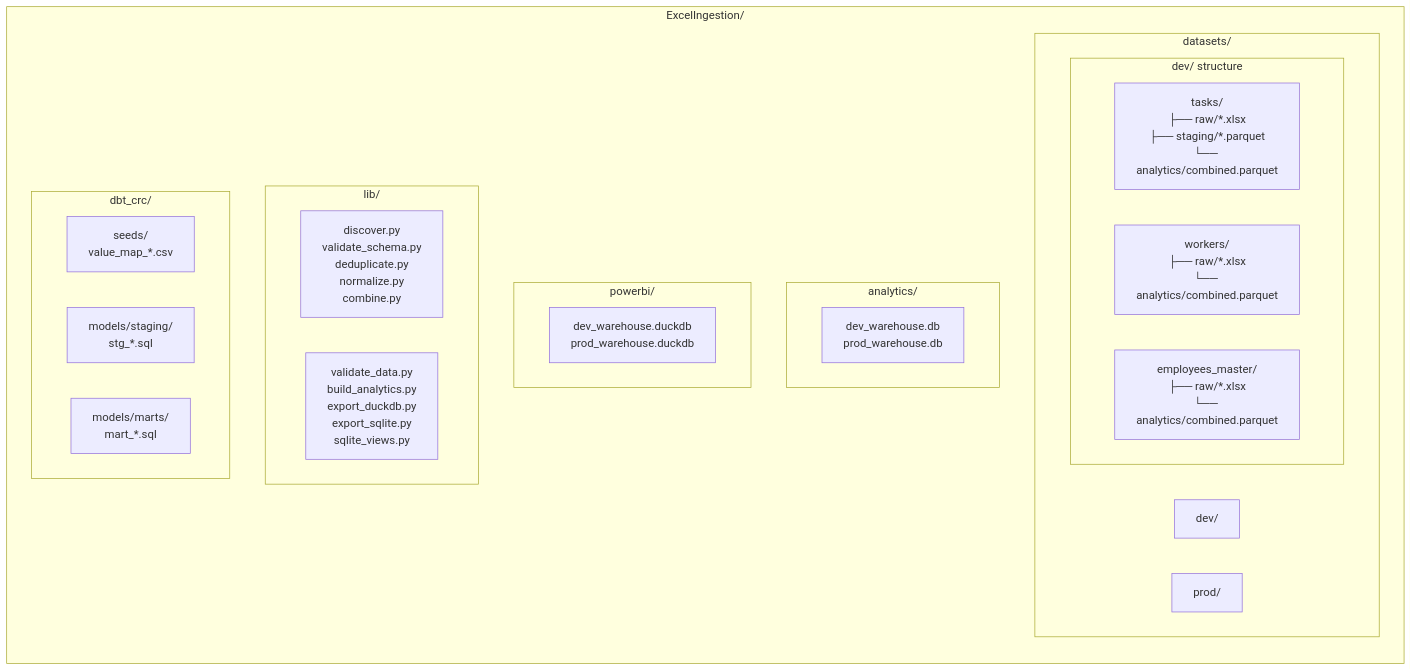
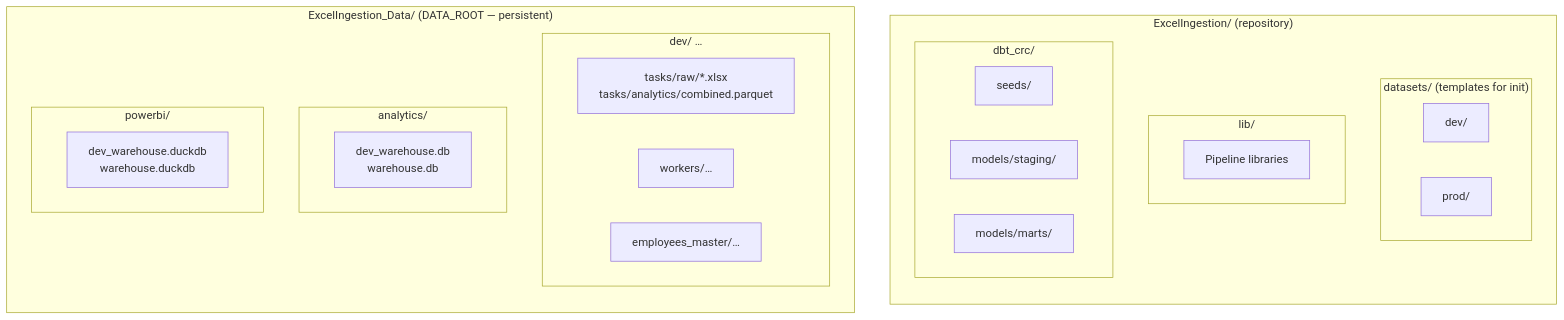
Before and after one commit to nnqtruong/ExcelIngestion: the fourth of 9 diagrams in DATA_FLOW_DIAGRAM.md, drawn with Mermaid. The commit also changed other lines of this file and 44 other files, not shown here.

````diff
--- a/DATA_FLOW_DIAGRAM.md
+++ b/DATA_FLOW_DIAGRAM.md
@@ -232,36 +240,39 @@
 ```mermaid
 flowchart TB
-    subgraph ROOT["ExcelIngestion/"]
+    subgraph REPO["ExcelIngestion/ (repository)"]
         direction TB
 
-        subgraph DATASETS["datasets/"]
+        subgraph DATASETS["datasets/ (templates for init)"]
             DEV["dev/"]
             PROD["prod/"]
-
-            subgraph DEV_CONTENT["dev/ structure"]
-                D_TASKS["tasks/<br/>├── raw/*.xlsx<br/>├── staging/*.parquet<br/>└── analytics/combined.parquet"]
-                D_WORKERS["workers/<br/>├── raw/*.xlsx<br/>└── analytics/combined.parquet"]
-                D_EMPLOYEES["employees_master/<br/>├── raw/*.xlsx<br/>└── analytics/combined.parquet"]
-            end
-        end
-
-        subgraph ANALYTICS["analytics/"]
-            A_SQLITE["dev_warehouse.db<br/>prod_warehouse.db"]
-        end
-
-        subgraph POWERBI["powerbi/"]
-            P_DUCKDB["dev_warehouse.duckdb<br/>prod_warehouse.duckdb"]
         end
 
         subgraph LIB["lib/"]
-            L1["discover.py<br/>validate_schema.py<br/>deduplicate.py<br/>normalize.py<br/>combine.py"]
-            L2["validate_data.py<br/>build_analytics.py<br/>export_duckdb.py<br/>export_sqlite.py<br/>sqlite_views.py"]
+            L1["Pipeline libraries"]
         end
 
         subgraph DBT["dbt_crc/"]
-            DBT_SEEDS["seeds/<br/>value_map_*.csv"]
-            DBT_STAGING["models/staging/<br/>stg_*.sql"]
-            DBT_MARTS["models/marts/<br/>mart_*.sql"]
+            DBT_SEEDS["seeds/"]
+            DBT_STAGING["models/staging/"]
+            DBT_MARTS["models/marts/"]
+        end
+    end
+
+    subgraph EROOT["ExcelIngestion_Data/ (DATA_ROOT — persistent)"]
+        direction TB
+
+        subgraph EDEV["dev/ …"]
+            D_TASKS["tasks/raw/*.xlsx<br/>tasks/analytics/combined.parquet"]
+            D_WORKERS["workers/…"]
+            D_EMPLOYEES["employees_master/…"]
+        end
+
+        subgraph EANALYTICS["analytics/"]
+            A_SQLITE["dev_warehouse.db<br/>warehouse.db"]
+        end
+
+        subgraph EPOWERBI["powerbi/"]
+            P_DUCKDB["dev_warehouse.duckdb<br/>warehouse.duckdb"]
         end
     end
 ```
````
